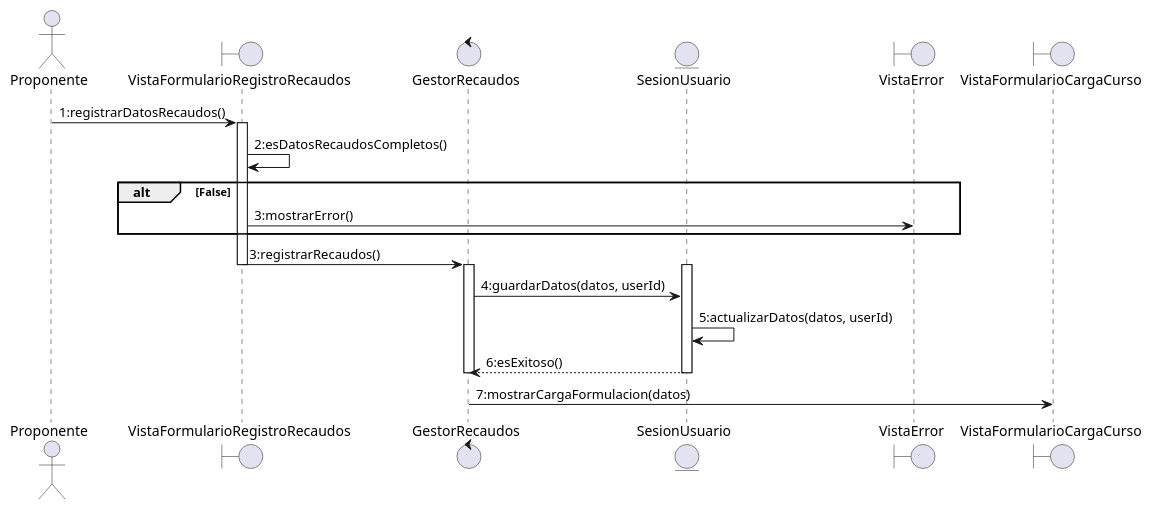
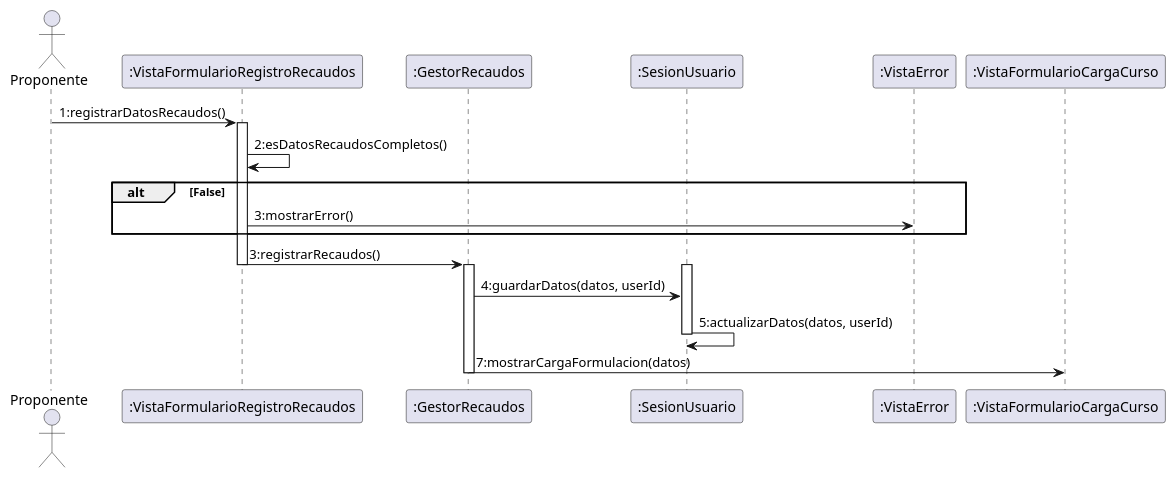
The diagram in docs/scenariosView/DisciplinaDeDisenio/DiagramaDeSecuenciaRegistrarRecaudos.plantuml (Samantha-Ramirez/ProyectoEquipo7ING), drawn with PlantUML before and after one commit. The commit also changed 13 other files, not shown here.

```diff
--- a/docs/scenariosView/DisciplinaDeDisenio/DiagramaDeSecuenciaRegistrarRecaudos.plantuml
+++ b/docs/scenariosView/DisciplinaDeDisenio/DiagramaDeSecuenciaRegistrarRecaudos.plantuml
@@ -1,26 +1,26 @@
 @startuml DiagramaDeSecuenciaRegistrarRecaudos
 
 actor Proponente
-boundary VistaFormularioRegistroRecaudos
-control GestorRecaudos
-entity SesionUsuario
-boundary VistaError
-boundary VistaFormularioCargaCurso
+participant ":VistaFormularioRegistroRecaudos" as VistaFormularioRegistroRecaudos
+participant ":GestorRecaudos" as GestorRecaudos
+participant ":SesionUsuario" as SesionUsuario
+participant ":VistaError" as VistaError
+participant ":VistaFormularioCargaCurso" as VistaFormularioCargaCurso
 
 Proponente -> VistaFormularioRegistroRecaudos : 1:registrarDatosRecaudos()
 activate VistaFormularioRegistroRecaudos
 VistaFormularioRegistroRecaudos -> VistaFormularioRegistroRecaudos : 2:esDatosRecaudosCompletos()
 alt False
 VistaFormularioRegistroRecaudos -> VistaError : 3:mostrarError()
 end
 VistaFormularioRegistroRecaudos -> GestorRecaudos : 3:registrarRecaudos()
 deactivate VistaFormularioRegistroRecaudos
 activate GestorRecaudos
 activate SesionUsuario
 GestorRecaudos -> SesionUsuario : 4:guardarDatos(datos, userId)
 SesionUsuario -> SesionUsuario : 5:actualizarDatos(datos, userId)
-SesionUsuario --> GestorRecaudos : 6:esExitoso()
 deactivate SesionUsuario
+GestorRecaudos -> VistaFormularioCargaCurso : 7:mostrarCargaFormulacion(datos)
 deactivate GestorRecaudos
-GestorRecaudos -> VistaFormularioCargaCurso : 7:mostrarCargaFormulacion(datos)
+
 @enduml
```
